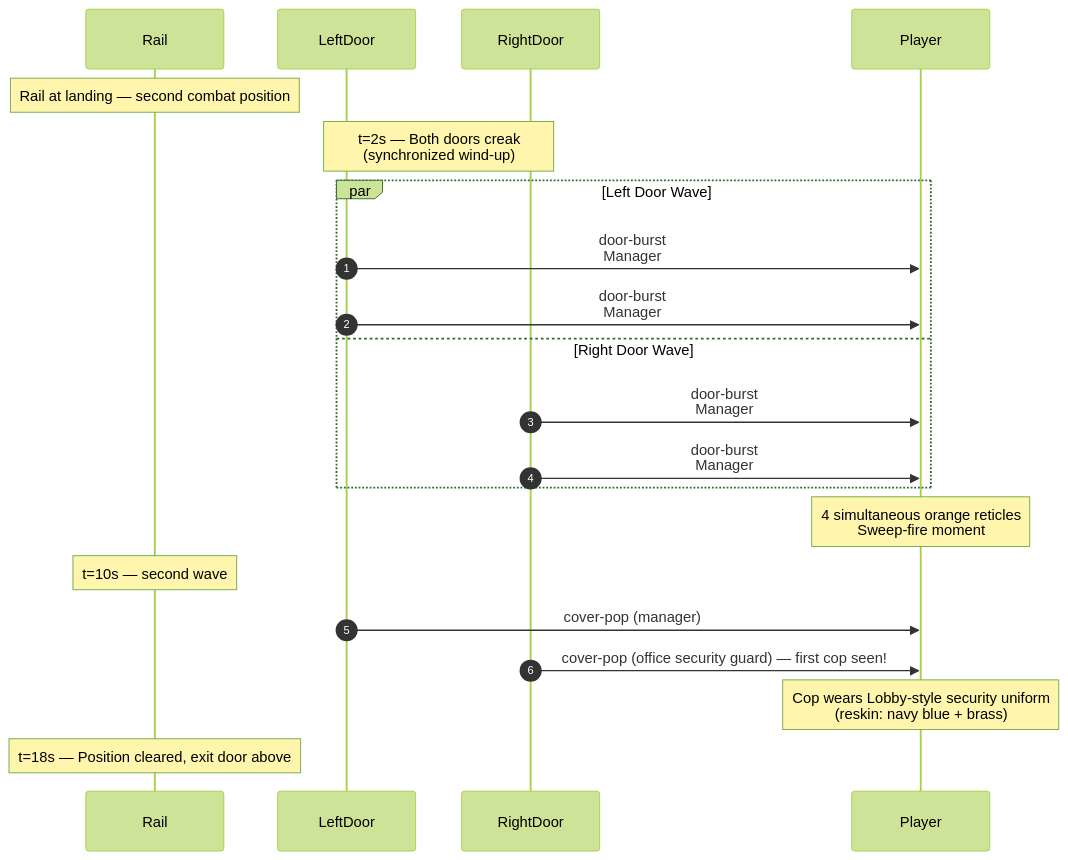
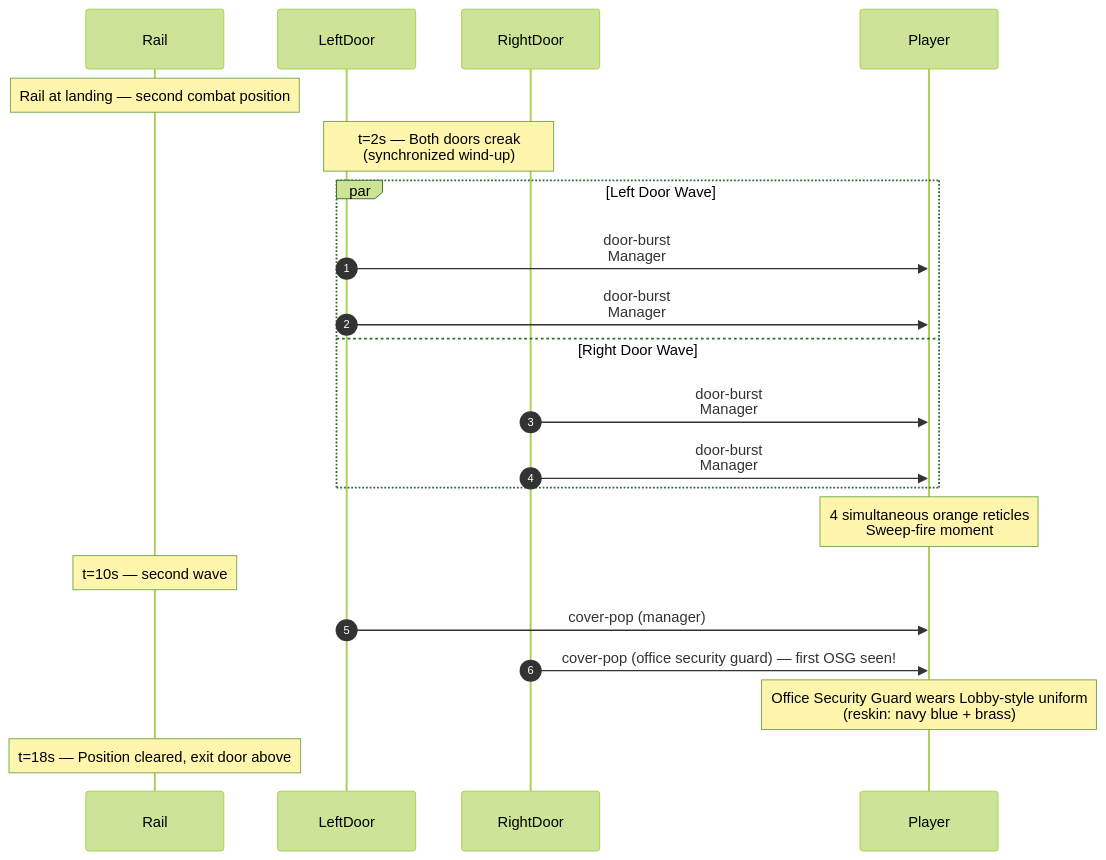
The third of 3 diagrams in docs/spec/levels/02-stairway-A.md (arcade-cabinet/department-of-redundancy-department), drawn with Mermaid (forest theme) before and after one commit. The commit also changed 2 other files, not shown here.

Commit message:
fix(level/open-plan): cue id rename, real stinger paths, stale lore in spec docs
Addresses review findings on #38:

- Cue ids p2-spawn-pol-A/B → p2-spawn-guard-A/B for consistency with
  the lore repurpose and the rail-spawn-printer-guard-{A,B} ids.
- Whitcomb intro/outro stingers now point at shipped audio assets
  (stinger-bright.mp3 / stinger-boss-cleared.mp3) instead of the
  bespoke whitcomb-intro/whitcomb-down files that don't exist yet.
  Cues will actually play at runtime.
- Spec doc 02-stairway-A.md "first cop seen!" / "Cop wears..." → "first
  OSG seen!" / "Office Security Guard wears...".
- playtest-2026-04-30.md title-card text "SECURITY OFFICER" → "OFFICE
  SECURITY GUARD" for consistency with the canonical role name.

The forward-reference to stairway-B is intentional (stack ordering);
the level validator surfaces it as a warning, not an error.

Resolves: OP-38-1, OP-38-2, OP-38-3, OP-38-4, OP-38-5, OP-38-6,
OP-38-7, OP-38-8.

````diff
--- a/docs/spec/levels/02-stairway-A.md
+++ b/docs/spec/levels/02-stairway-A.md
@@ -109,29 +109,29 @@
 ```mermaid
 sequenceDiagram
     autonumber
     participant Rail
     participant LeftDoor
     participant RightDoor
     participant Player
 
     Note over Rail: Rail at landing — second combat position
 
     Note over LeftDoor,RightDoor: t=2s — Both doors creak<br/>(synchronized wind-up)
 
     par Left Door Wave
         LeftDoor->>Player: door-burst<br/>Manager
         LeftDoor->>Player: door-burst<br/>Manager
     and Right Door Wave
         RightDoor->>Player: door-burst<br/>Manager
         RightDoor->>Player: door-burst<br/>Manager
     end
 
     Note over Player: 4 simultaneous orange reticles<br/>Sweep-fire moment
 
     Note over Rail: t=10s — second wave
     LeftDoor->>Player: cover-pop (manager)
-    RightDoor->>Player: cover-pop (office security guard) — first cop seen!
-    Note over Player: Cop wears Lobby-style security uniform<br/>(reskin: navy blue + brass)
+    RightDoor->>Player: cover-pop (office security guard) — first OSG seen!
+    Note over Player: Office Security Guard wears Lobby-style uniform<br/>(reskin: navy blue + brass)
 
     Note over Rail: t=18s — Position cleared, exit door above
 ```
````
